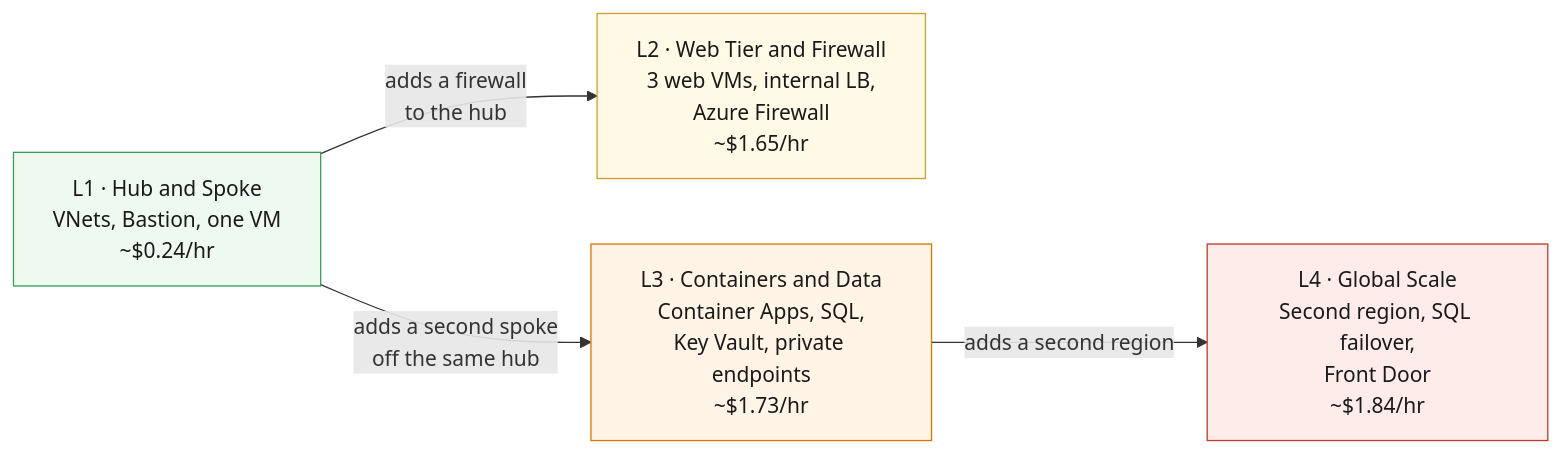
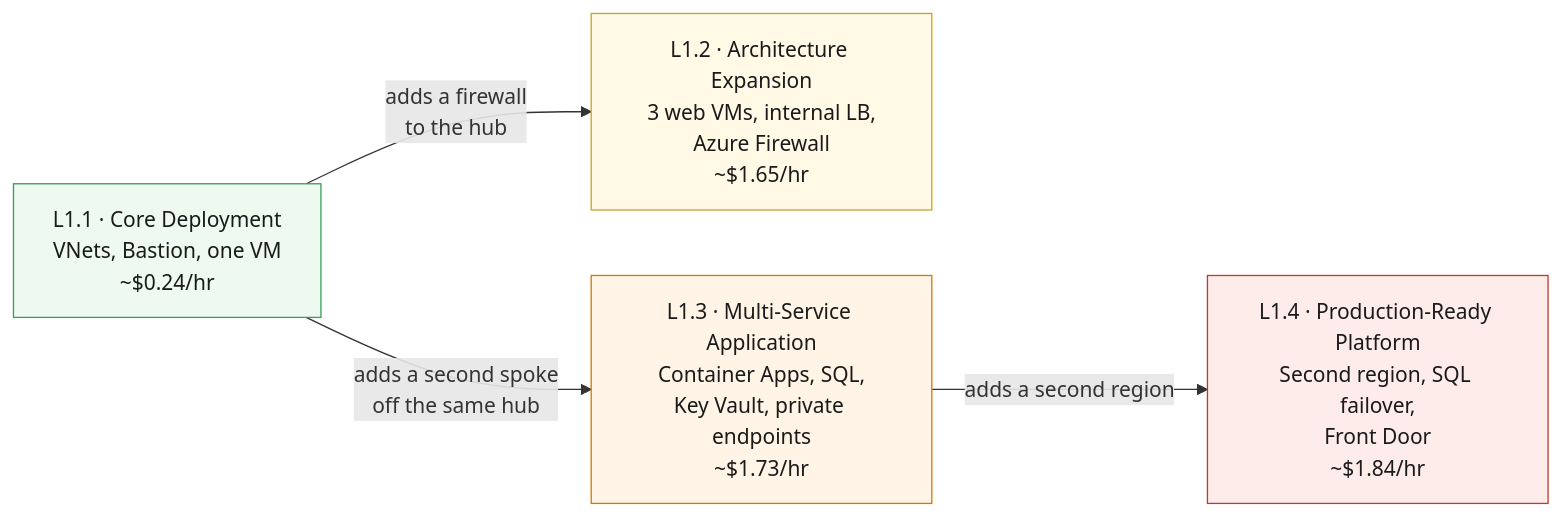
The diagram in docs/wiki/Home.md (saulpatinojr/Demo-IaC_Demo_with_VSCode), drawn with Mermaid before and after one commit. The commit also changed other lines of this file and 58 other files, not shown here.

````diff
--- a/docs/wiki/Home.md
+++ b/docs/wiki/Home.md
@@ -26,20 +26,20 @@
 ```mermaid
 flowchart LR
-  L1["L1 · Hub and Spoke<br/>VNets, Bastion, one VM<br/>~$0.24/hr"]
-  L2["L2 · Web Tier and Firewall<br/>3 web VMs, internal LB,<br/>Azure Firewall<br/>~$1.65/hr"]
-  L3["L3 · Containers and Data<br/>Container Apps, SQL,<br/>Key Vault, private endpoints<br/>~$1.73/hr"]
-  L4["L4 · Global Scale<br/>Second region, SQL failover,<br/>Front Door<br/>~$1.84/hr"]
+  C11["L1.1 · Core Deployment<br/>VNets, Bastion, one VM<br/>~$0.24/hr"]
+  C12["L1.2 · Architecture Expansion<br/>3 web VMs, internal LB,<br/>Azure Firewall<br/>~$1.65/hr"]
+  C13["L1.3 · Multi-Service Application<br/>Container Apps, SQL,<br/>Key Vault, private endpoints<br/>~$1.73/hr"]
+  C14["L1.4 · Production-Ready Platform<br/>Second region, SQL failover,<br/>Front Door<br/>~$1.84/hr"]
 
-  L1 -->|"adds a firewall<br/>to the hub"| L2
-  L1 -->|"adds a second spoke<br/>off the same hub"| L3
-  L3 -->|"adds a second region"| L4
+  C11 -->|"adds a firewall<br/>to the hub"| C12
+  C11 -->|"adds a second spoke<br/>off the same hub"| C13
+  C13 -->|"adds a second region"| C14
 
   classDef s1 fill:#eefaf0,stroke:#3a9d5d,color:#1a1a1a
   classDef s2 fill:#fff9e6,stroke:#c9a227,color:#1a1a1a
   classDef s3 fill:#fff4e5,stroke:#d97706,color:#1a1a1a
   classDef s4 fill:#fdecea,stroke:#c0392b,color:#1a1a1a
-  class L1 s1
-  class L2 s2
-  class L3 s3
-  class L4 s4
+  class C11 s1
+  class C12 s2
+  class C13 s3
+  class C14 s4
 ```
````
